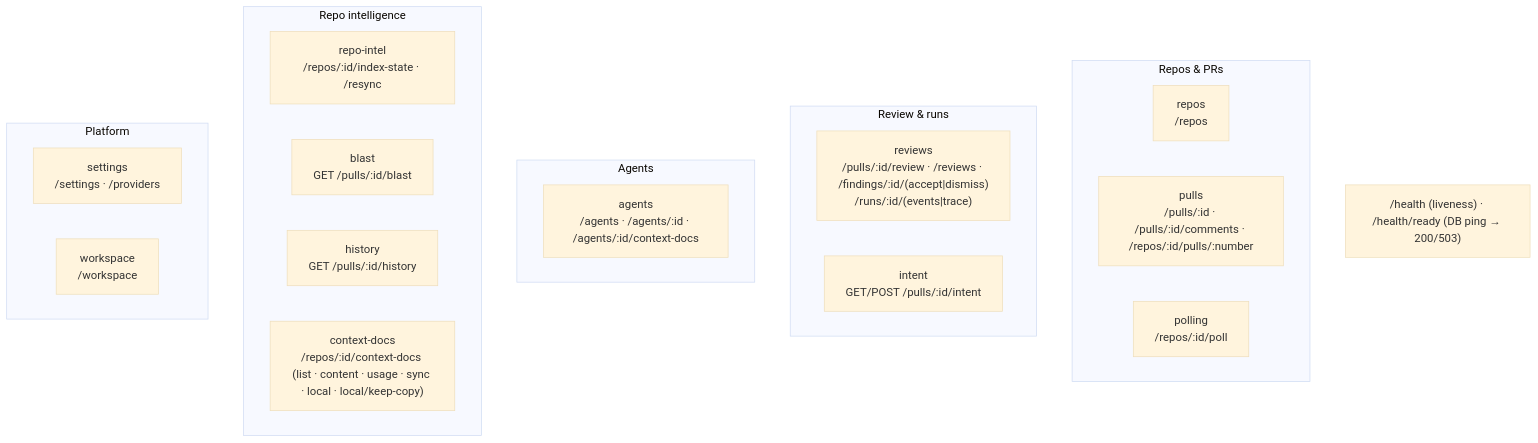
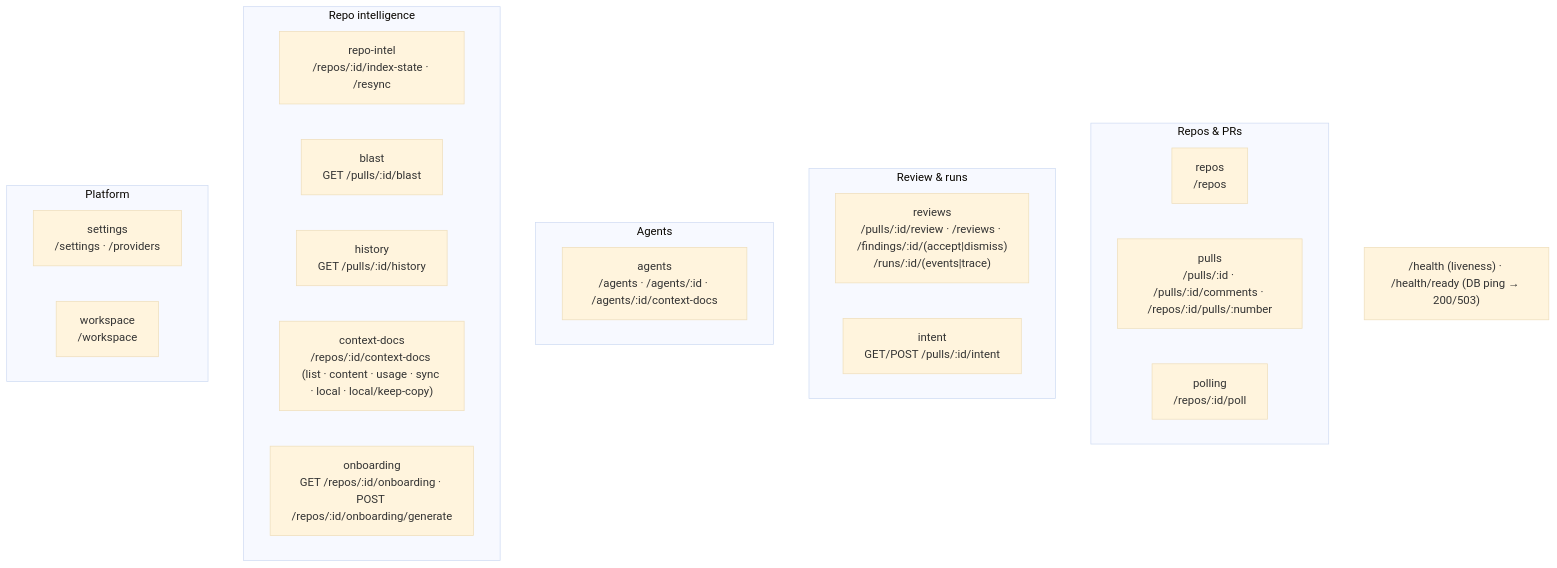
The second of 2 diagrams in server/README.md (BalakaMd/dev-digest), drawn with Mermaid (base theme) before and after one commit. The commit also changed other lines of this file and 13 other files, not shown here.

````diff
--- a/server/README.md
+++ b/server/README.md
@@ -64,26 +64,27 @@
 ```mermaid
 flowchart TB
   subgraph Repos_PRs["Repos & PRs"]
     repos["repos<br/>/repos"]
     pulls["pulls<br/>/pulls/:id · /pulls/:id/comments · /repos/:id/pulls/:number"]
     polling["polling<br/>/repos/:id/poll"]
   end
   subgraph Review["Review & runs"]
     reviews["reviews<br/>/pulls/:id/review · /reviews · /findings/:id/(accept|dismiss)<br/>/runs/:id/(events|trace)"]
     intent["intent<br/>GET/POST /pulls/:id/intent"]
   end
   subgraph Agents["Agents"]
     agents["agents<br/>/agents · /agents/:id · /agents/:id/context-docs"]
   end
   subgraph Intel["Repo intelligence"]
     repoIntel["repo-intel<br/>/repos/:id/index-state · /resync"]
     blast["blast<br/>GET /pulls/:id/blast"]
     history["history<br/>GET /pulls/:id/history"]
     contextDocs["context-docs<br/>/repos/:id/context-docs (list · content · usage · sync · local · local/keep-copy)"]
+    onboarding["onboarding<br/>GET /repos/:id/onboarding · POST /repos/:id/onboarding/generate"]
   end
   subgraph Platform["Platform"]
     settings["settings<br/>/settings · /providers"]
     workspace["workspace<br/>/workspace"]
   end
   HEALTH["/health (liveness) · /health/ready (DB ping → 200/503)"]
 ```
````
